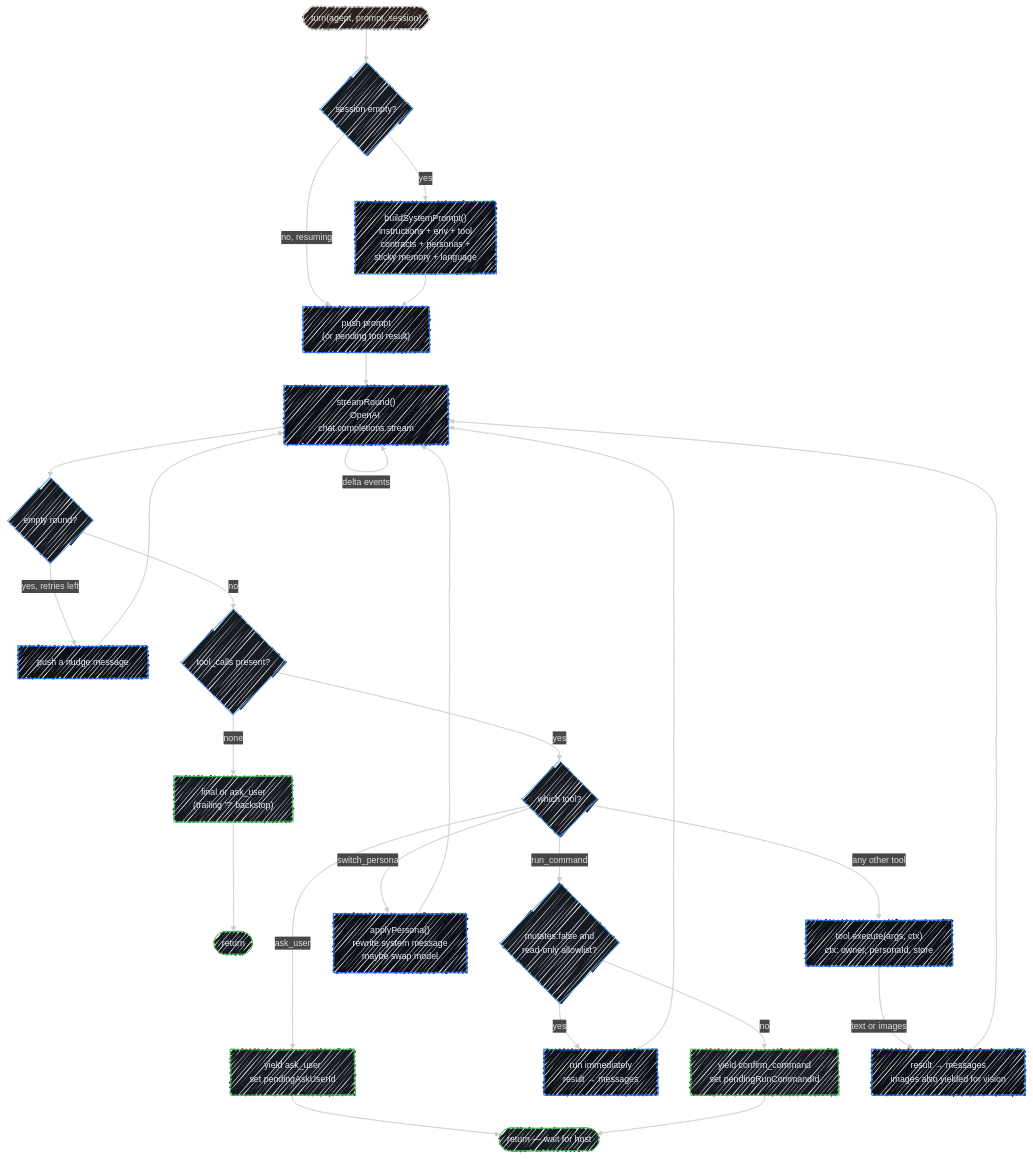
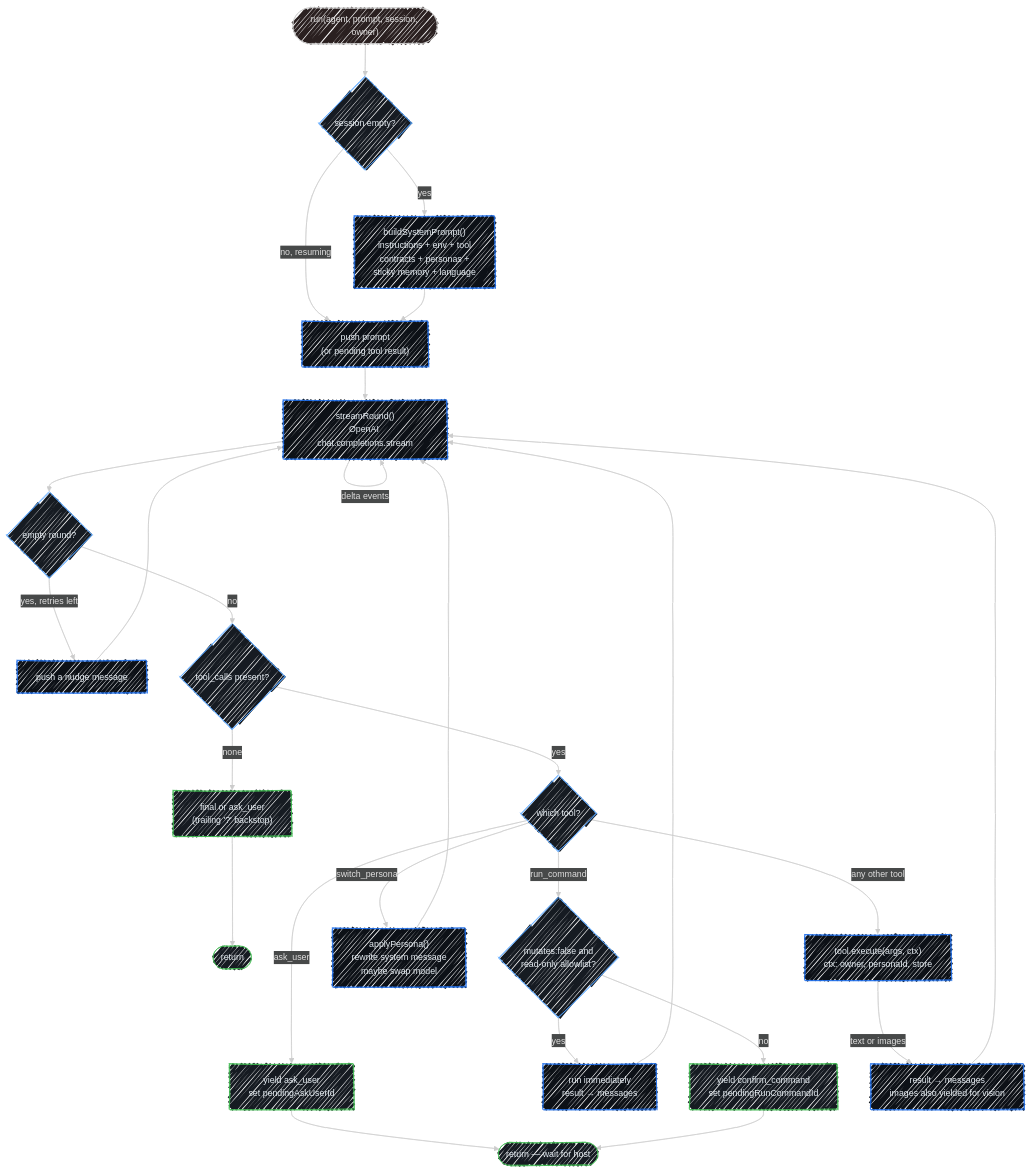
One commit to SubZtep/kaja changed the second of 2 diagrams in docs/development/nasi.md. Above: the diagram before and after it, drawn with Mermaid. The commit also changed other lines of this file and 106 other files, not shown here.

````diff
--- a/docs/development/nasi.md
+++ b/docs/development/nasi.md
@@ -130,37 +130,37 @@
 ```mermaid
 ---
 config:
   look: handDrawn
   theme: neo-dark
 ---
 flowchart TD
-    Start(["turn(agent, prompt, session)"]) --> Sys{"session empty?"}
+    Start(["run(agent, prompt, session, owner)"]) --> Sys{"session empty?"}
     Sys -->|yes| Build["buildSystemPrompt()\ninstructions + env + tool\ncontracts + personas +\nsticky memory + language"]
     Sys -->|no, resuming| Push
     Build --> Push["push prompt\n(or pending tool result)"]
 
     Push --> Call["streamRound()\nOpenAI chat.completions.stream"]
     Call -->|"delta events"| Call
 
     Call --> Empty{"empty round?"}
     Empty -->|"yes, retries left"| Nudge["push a nudge message"] --> Call
     Empty -->|no| Calls{"tool_calls present?"}
 
     Calls -->|none| Final["final or ask_user\n(trailing '?' backstop)"] --> Done(["return"])
 
     Calls -->|yes| Dispatch{"which tool?"}
     Dispatch -->|"ask_user"| AskEv["yield ask_user\nset pendingAskUserId"] --> Wait(["return — wait for host"])
     Dispatch -->|"run_command"| Risk{"mutates:false and\nread-only allowlist?"}
     Risk -->|yes| AutoRun["run immediately\nresult → messages"] --> Call
     Risk -->|no| ConfirmEv["yield confirm_command\nset pendingRunCommandId"] --> Wait
     Dispatch -->|"switch_persona"| Switch["applyPersona()\nrewrite system message\nmaybe swap model"] --> Call
     Dispatch -->|"any other tool"| Exec["tool.execute(args, ctx)\nctx: owner, personaId, store"]
     Exec -->|"text or images"| Result["result → messages\nimages also yielded for vision"] --> Call
 
     classDef decision fill:#161b22,stroke:#58a6ff,color:#e6edf3
     classDef action fill:#0d1117,stroke:#1f6feb,color:#e6edf3
     classDef stop fill:#161b22,stroke:#3fb950,color:#e6edf3
     class Sys,Empty,Calls,Dispatch,Risk decision
     class Build,Push,Call,Nudge,AutoRun,Switch,Exec,Result action
     class Final,Done,AskEv,Wait,ConfirmEv stop
 ```
````
